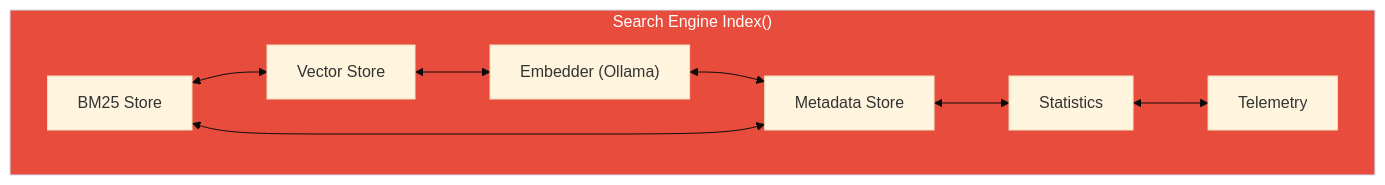
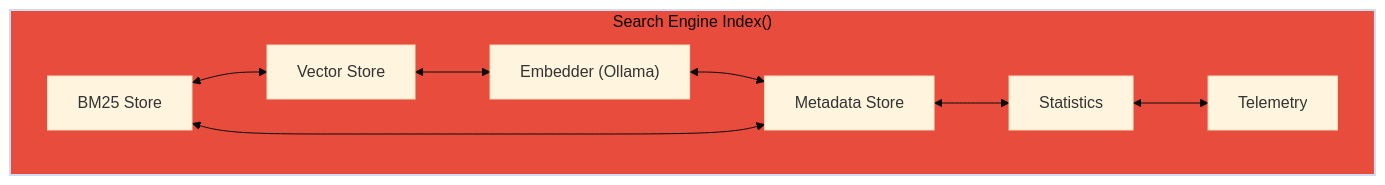
One commit to sampi02/amanmcp changed the first of 7 diagrams in docs/articles/black-box-architecture-case-study.md. Above: the diagram before and after it, drawn with Mermaid (base theme). The commit also changed other lines of this file and 59 other files, not shown here.

````diff
--- a/docs/articles/black-box-architecture-case-study.md
+++ b/docs/articles/black-box-architecture-case-study.md
@@ -52,20 +52,20 @@
 ```mermaid
 flowchart TB
     subgraph Engine["Search Engine Index()"]
         BM25["BM25 Store"]
         Vector["Vector Store"]
         Embed["Embedder (Ollama)"]
         Meta["Metadata Store"]
         Stats["Statistics"]
         Telemetry["Telemetry"]
     end
 
     BM25 <--> Vector
     Vector <--> Embed
     Embed <--> Meta
     Meta <--> Stats
     Stats <--> Telemetry
     BM25 <--> Meta
 
-    style Engine fill:#e74c3c,color:#fff
+    style Engine fill:#e74c3c,stroke-width:2px
 ```
````
